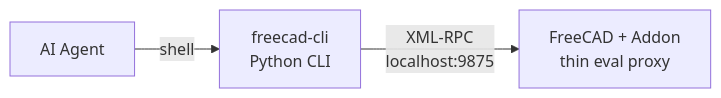
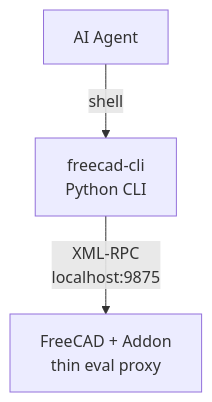
One commit to yoshikouki/freecad-cli changed the diagram in README.md. Above: the diagram before and after it, drawn with Mermaid.

Commit message:
docs: change architecture diagram to vertical layout

````diff
--- a/README.md
+++ b/README.md
@@ -7,5 +7,5 @@
 ```mermaid
-flowchart LR
+flowchart TD
     A[AI Agent] -->|shell| B[freecad-cli<br/>Python CLI]
     B -->|XML-RPC<br/>localhost:9875| C[FreeCAD + Addon<br/>thin eval proxy]
 ```
````
